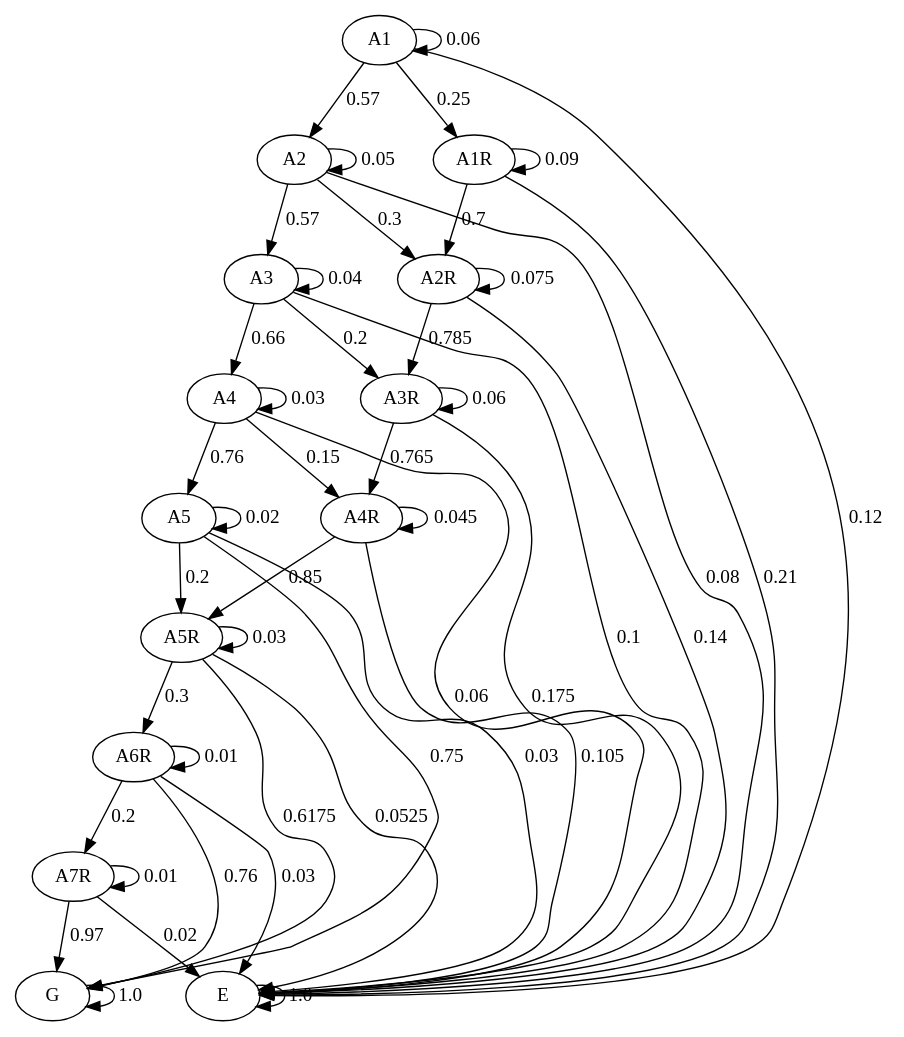
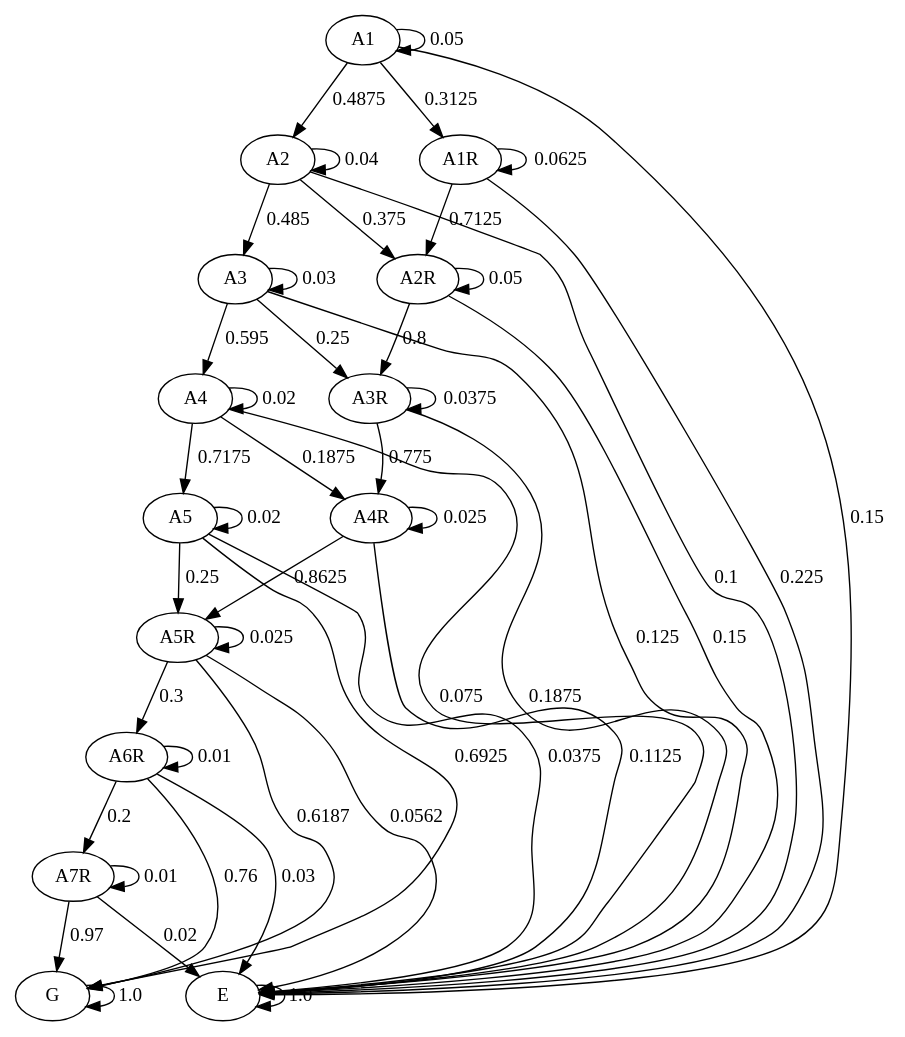
Before and after one commit to JulianaFerreira/educacao: the diagram in graph/markov.dot, drawn with Graphviz. The commit also changed 8 other files, not shown here.

```diff
--- a/graph/markov.dot
+++ b/graph/markov.dot
@@ -1,61 +1,61 @@
 digraph  {
 A1;
 A2;
 A3;
 A4;
 A5;
 A1R;
 A2R;
 A3R;
 A4R;
 A5R;
 A6R;
 A7R;
 G;
 E;
-A1 -> A1  [key=0, label="0.06", weight="0.06"];
-A1 -> A2  [key=0, label="0.57", weight="0.57"];
-A1 -> A1R  [key=0, label="0.25", weight="0.25"];
-A1 -> E  [key=0, label="0.12", weight="0.12"];
-A2 -> A2  [key=0, label="0.05", weight="0.05"];
-A2 -> A3  [key=0, label="0.57", weight="0.57"];
-A2 -> A2R  [key=0, label="0.3", weight="0.3"];
-A2 -> E  [key=0, label="0.08", weight="0.08"];
-A3 -> A3  [key=0, label="0.04", weight="0.04"];
-A3 -> A4  [key=0, label="0.66", weight="0.66"];
-A3 -> A3R  [key=0, label="0.2", weight="0.2"];
-A3 -> E  [key=0, label="0.1", weight="0.1"];
-A4 -> A4  [key=0, label="0.03", weight="0.03"];
-A4 -> A5  [key=0, label="0.76", weight="0.76"];
-A4 -> A4R  [key=0, label="0.15", weight="0.15"];
-A4 -> E  [key=0, label="0.06", weight="0.06"];
+A1 -> A1  [key=0, label="0.05", weight="0.05"];
+A1 -> A2  [key=0, label="0.4875", weight="0.4875"];
+A1 -> A1R  [key=0, label="0.3125", weight="0.3125"];
+A1 -> E  [key=0, label="0.15", weight="0.15"];
+A2 -> A2  [key=0, label="0.04", weight="0.04"];
+A2 -> A3  [key=0, label="0.485", weight="0.485"];
+A2 -> A2R  [key=0, label="0.375", weight="0.375"];
+A2 -> E  [key=0, label="0.1", weight="0.1"];
+A3 -> A3  [key=0, label="0.03", weight="0.03"];
+A3 -> A4  [key=0, label="0.595", weight="0.595"];
+A3 -> A3R  [key=0, label="0.25", weight="0.25"];
+A3 -> E  [key=0, label="0.125", weight="0.125"];
+A4 -> A4  [key=0, label="0.02", weight="0.02"];
+A4 -> A5  [key=0, label="0.7175", weight="0.7175"];
+A4 -> A4R  [key=0, label="0.1875", weight="0.1875"];
+A4 -> E  [key=0, label="0.075", weight="0.075"];
 A5 -> A5  [key=0, label="0.02", weight="0.02"];
-A5 -> A5R  [key=0, label="0.2", weight="0.2"];
-A5 -> G  [key=0, label="0.75", weight="0.75"];
-A5 -> E  [key=0, label="0.03", weight="0.03"];
-A1R -> A1R  [key=0, label="0.09", weight="0.09"];
-A1R -> A2R  [key=0, label="0.7", weight="0.7"];
-A1R -> E  [key=0, label="0.21", weight="0.21"];
-A2R -> A2R  [key=0, label="0.075", weight="0.075"];
-A2R -> A3R  [key=0, label="0.785", weight="0.785"];
-A2R -> E  [key=0, label="0.14", weight="0.14"];
-A3R -> A3R  [key=0, label="0.06", weight="0.06"];
-A3R -> A4R  [key=0, label="0.765", weight="0.765"];
-A3R -> E  [key=0, label="0.175", weight="0.175"];
-A4R -> A4R  [key=0, label="0.045", weight="0.045"];
-A4R -> A5R  [key=0, label="0.85", weight="0.85"];
-A4R -> E  [key=0, label="0.105", weight="0.105"];
-A5R -> A5R  [key=0, label="0.03", weight="0.03"];
+A5 -> A5R  [key=0, label="0.25", weight="0.25"];
+A5 -> G  [key=0, label="0.6925", weight="0.6925"];
+A5 -> E  [key=0, label="0.0375", weight="0.0375"];
+A1R -> A1R  [key=0, label="0.0625", weight="0.0625"];
+A1R -> A2R  [key=0, label="0.7125", weight="0.7125"];
+A1R -> E  [key=0, label="0.225", weight="0.225"];
+A2R -> A2R  [key=0, label="0.05", weight="0.05"];
+A2R -> A3R  [key=0, label="0.8", weight="0.8"];
+A2R -> E  [key=0, label="0.15", weight="0.15"];
+A3R -> A3R  [key=0, label="0.0375", weight="0.0375"];
+A3R -> A4R  [key=0, label="0.775", weight="0.775"];
+A3R -> E  [key=0, label="0.1875", weight="0.1875"];
+A4R -> A4R  [key=0, label="0.025", weight="0.025"];
+A4R -> A5R  [key=0, label="0.8625", weight="0.8625"];
+A4R -> E  [key=0, label="0.1125", weight="0.1125"];
+A5R -> A5R  [key=0, label="0.025", weight="0.025"];
 A5R -> A6R  [key=0, label="0.3", weight="0.3"];
-A5R -> G  [key=0, label="0.6175", weight="0.6175"];
-A5R -> E  [key=0, label="0.0525", weight="0.0525"];
+A5R -> G  [key=0, label="0.6187", weight="0.6187"];
+A5R -> E  [key=0, label="0.0562", weight="0.0562"];
 A6R -> A6R  [key=0, label="0.01", weight="0.01"];
 A6R -> A7R  [key=0, label="0.2", weight="0.2"];
 A6R -> G  [key=0, label="0.76", weight="0.76"];
 A6R -> E  [key=0, label="0.03", weight="0.03"];
 A7R -> A7R  [key=0, label="0.01", weight="0.01"];
 A7R -> G  [key=0, label="0.97", weight="0.97"];
 A7R -> E  [key=0, label="0.02", weight="0.02"];
 G -> G  [key=0, label="1.0", weight="1.0"];
 E -> E  [key=0, label="1.0", weight="1.0"];
 }
```
